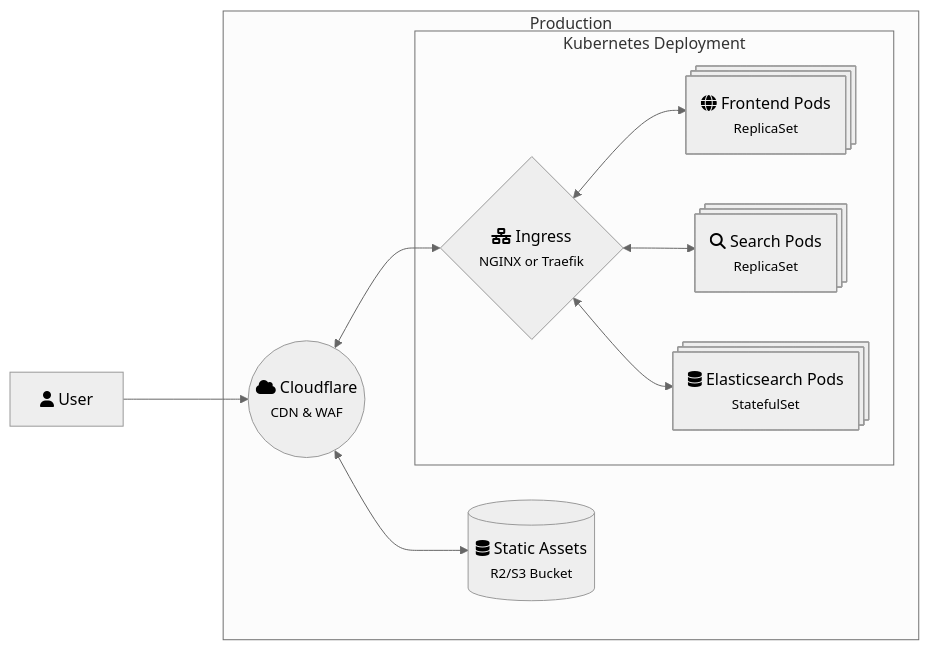
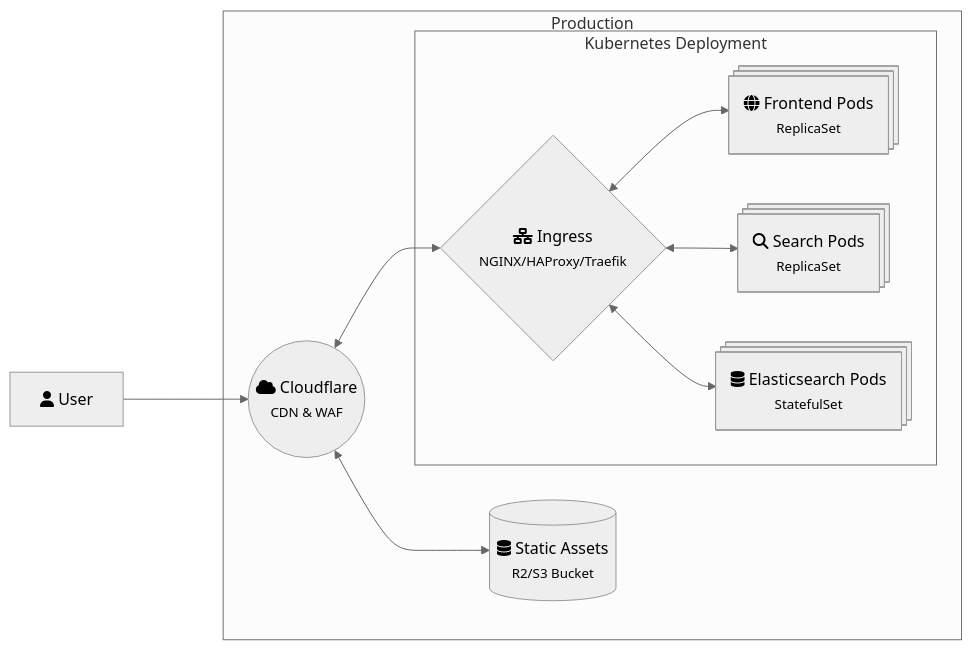
Before and after one commit to twangodev/uw-coursemap: the second of 2 diagrams in docs/getting-started/architecture.md, drawn with Mermaid (neutral theme).

Commit message:
Update architecture documentation to specify Ingress options

````diff
--- a/docs/getting-started/architecture.md
+++ b/docs/getting-started/architecture.md
@@ -102,28 +102,28 @@
 ```mermaid
 graph LR;
     
     User[fa:fa-user User]
     
     subgraph Production
         CF((fa:fa-cloud Cloudflare<br><small>CDN & WAF</small>))
         SA[(fa:fa-database Static Assets<br><small>R2/S3 Bucket</small>)]
         
         subgraph Kubernetes Deployment
-            IG@{ shape: diamond, label: "fa:fa-network-wired Ingress<br><small>NGINX or Traefik</small>" }
+            IG@{ shape: diamond, label: "fa:fa-network-wired Ingress<br><small>NGINX/HAProxy/Traefik</small>" }
             FP@{ shape: procs, label: "fa:fa-globe Frontend Pods<br><small>ReplicaSet</small>" }
             SP@{ shape: procs, label: "fa:fa-search Search Pods<br><small>ReplicaSet</small>" }
             ES@{ shape: procs, label: "fa:fa-database Elasticsearch Pods<br><small>StatefulSet</small>" }
             
             IG <--> FP
             IG <--> SP
             IG <--> ES
         end
         
         CF <--> IG
         CF <--> SA
         
     end
 
 
     User ---> CF
 ```
````
